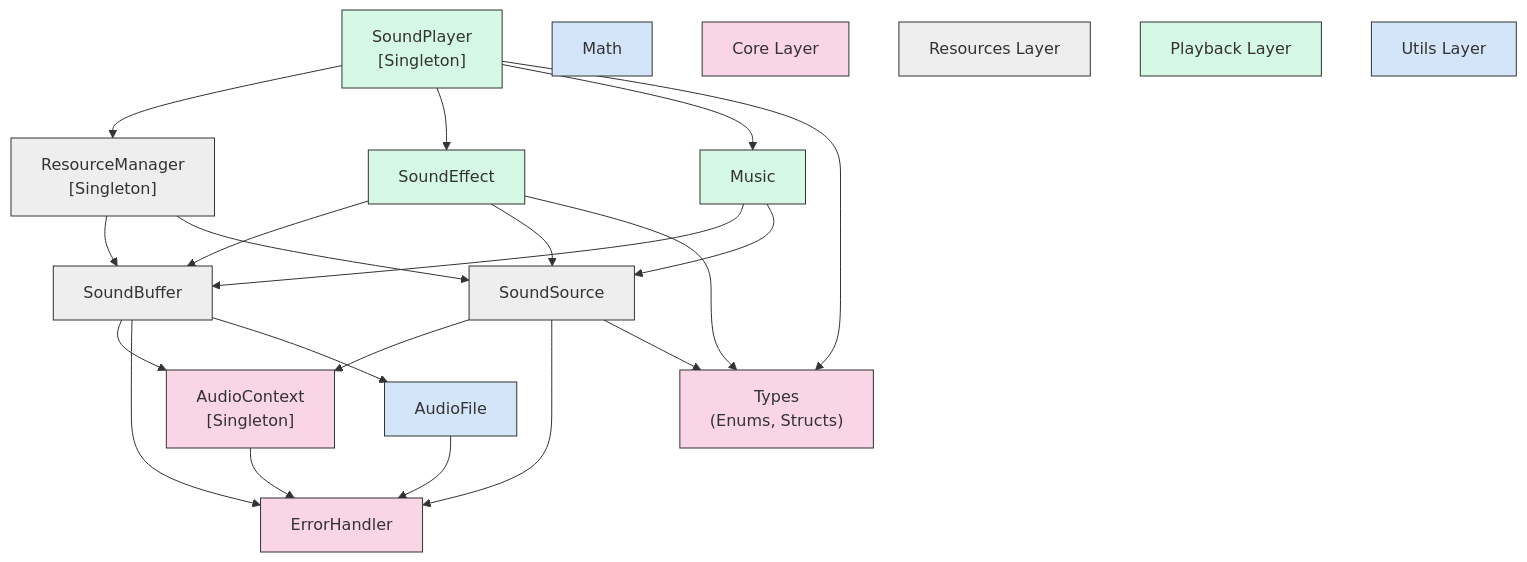
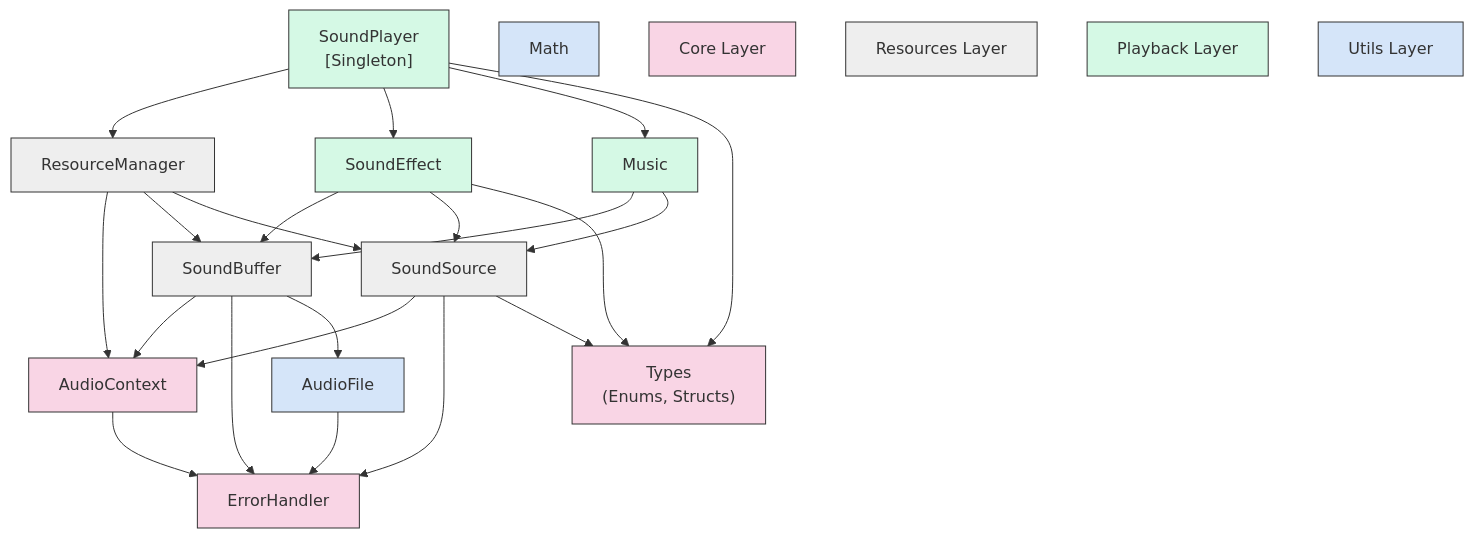
Before and after one commit to nircoe/soundcoe: the diagram in design/flow.md, drawn with Mermaid. The commit also changed 29 other files, not shown here.

First line of the commit message:
[Core]: Implement resource management and utilities (#2)

```diff
--- a/design/flow.md
+++ b/design/flow.md
@@ -7,14 +7,14 @@
     classDef utils fill:#d5e5f9,stroke:#333,stroke-width:1px
     
     %% Core Layer Nodes
-    AudioContext["AudioContext\n[Singleton]"]:::core
+    AudioContext["AudioContext"]:::core
     ErrorHandler["ErrorHandler"]:::core
     Types["Types\n(Enums, Structs)"]:::core
     
     %% Resource Layer Nodes
     SoundBuffer["SoundBuffer"]:::resources
     SoundSource["SoundSource"]:::resources
-    ResourceManager["ResourceManager\n[Singleton]"]:::resources
+    ResourceManager["ResourceManager"]:::resources
     
     %% Playback Layer Nodes
     SoundEffect["SoundEffect"]:::playback
@@ -35,6 +35,7 @@
     SoundSource --> AudioContext
     SoundSource --> ErrorHandler
     SoundSource --> Types
+    ResourceManager --> AudioContext
     ResourceManager --> SoundBuffer
     ResourceManager --> SoundSource
     
```
